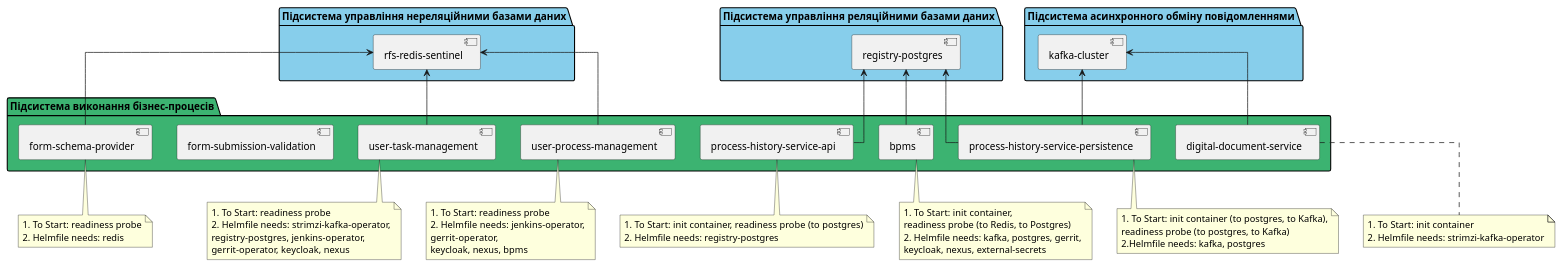
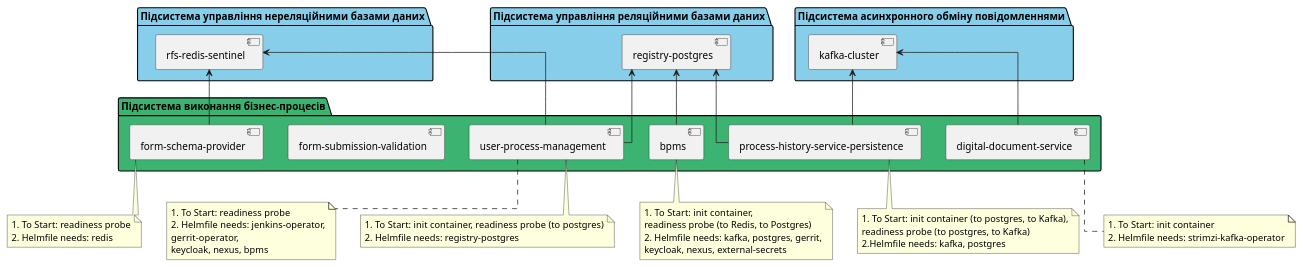
The diagram in docs/ua/modules/arch/pages/architecture/registry/operational/bpms/components/subsystem-dependencies.adoc (epam/edp-ddm-architecture), drawn with PlantUML before and after one commit. The commit also changed 8 other files, not shown here.

Commit message:
[EDP-DDM-31249] - Updated business process management subsystem after services merged

```diff
--- a/docs/ua/modules/arch/pages/architecture/registry/operational/bpms/components/subsystem-dependencies.adoc
+++ b/docs/ua/modules/arch/pages/architecture/registry/operational/bpms/components/subsystem-dependencies.adoc
@@ -13,80 +13,70 @@
 [plantuml]
 ----
 @startuml
 skinparam Linetype ortho
 
 package "Підсистема виконання бізнес-процесів" #MediumSeaGreen {
-component [user-task-management]
 component [user-process-management]
 component [digital-document-service]
-component [process-history-service-api]
 component [form-submission-validation]
 component [bpms]
 component [process-history-service-persistence]
 component [form-schema-provider]
 }
 
 package "Підсистема управління реляційними базами даних" #SkyBlue {
 component [registry-postgres]
 }
 
 package "Підсистема асинхронного обміну повідомленнями" #SkyBlue {
 component [kafka-cluster]
 }
 
 package "Підсистема управління нереляційними базами даних" #SkyBlue {
 component [rfs-redis-sentinel]
 }
 
 [bpms] -up-> [registry-postgres]
 note bottom of [bpms]
 1. To Start: init container,
 readiness probe (to Redis, to Postgres)
 2. Helmfile needs: kafka, postgres, gerrit,
 keycloak, nexus, external-secrets
 end note
 
 [digital-document-service] -up-> [kafka-cluster]
 note bottom of [digital-document-service]
 1. To Start: init container
 2. Helmfile needs: strimzi-kafka-operator
 end note
 
-[process-history-service-api] -up-> [registry-postgres]
-note bottom of [process-history-service-api]
+[user-process-management] -up-> [registry-postgres]
+note bottom of [user-process-management]
 1. To Start: init container, readiness probe (to postgres)
 2. Helmfile needs: registry-postgres
-end note
-
-[user-task-management] -up-> [rfs-redis-sentinel]
-note bottom of [user-task-management]
-1. To Start: readiness probe
-2. Helmfile needs: strimzi-kafka-operator,
-registry-postgres, jenkins-operator,
-gerrit-operator, keycloak, nexus
 end note
 
 [user-process-management] -up-> [rfs-redis-sentinel]
 note bottom of [user-process-management]
 1. To Start: readiness probe
 2. Helmfile needs: jenkins-operator,
 gerrit-operator,
 keycloak, nexus, bpms
 end note
 
 [form-schema-provider] -> [rfs-redis-sentinel]
 note bottom of [form-schema-provider]
 1. To Start: readiness probe
 2. Helmfile needs: redis
 end note
 
 [process-history-service-persistence] -> [registry-postgres]
 [process-history-service-persistence] -> [kafka-cluster]
 note bottom of [process-history-service-persistence]
 1. To Start: init container (to postgres, to Kafka),
 readiness probe (to postgres, to Kafka)
 2.Helmfile needs: kafka, postgres
 end note
 
 @enduml
 ----
```
